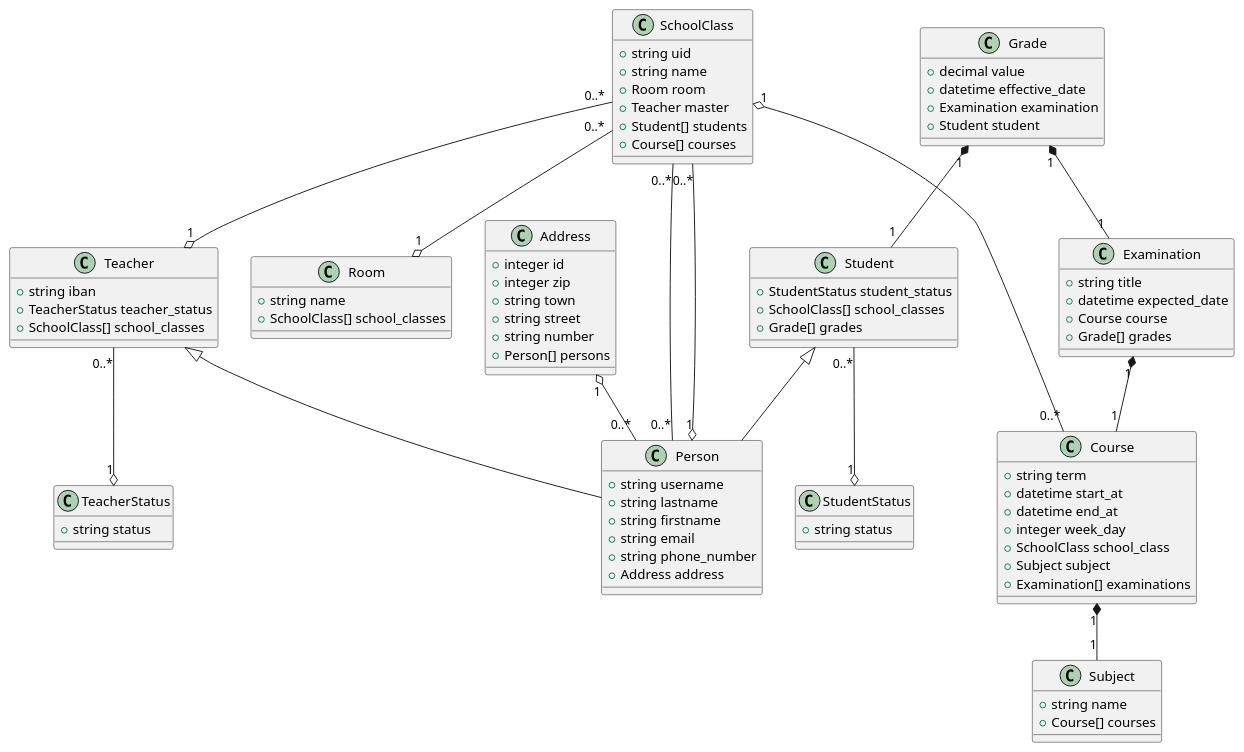
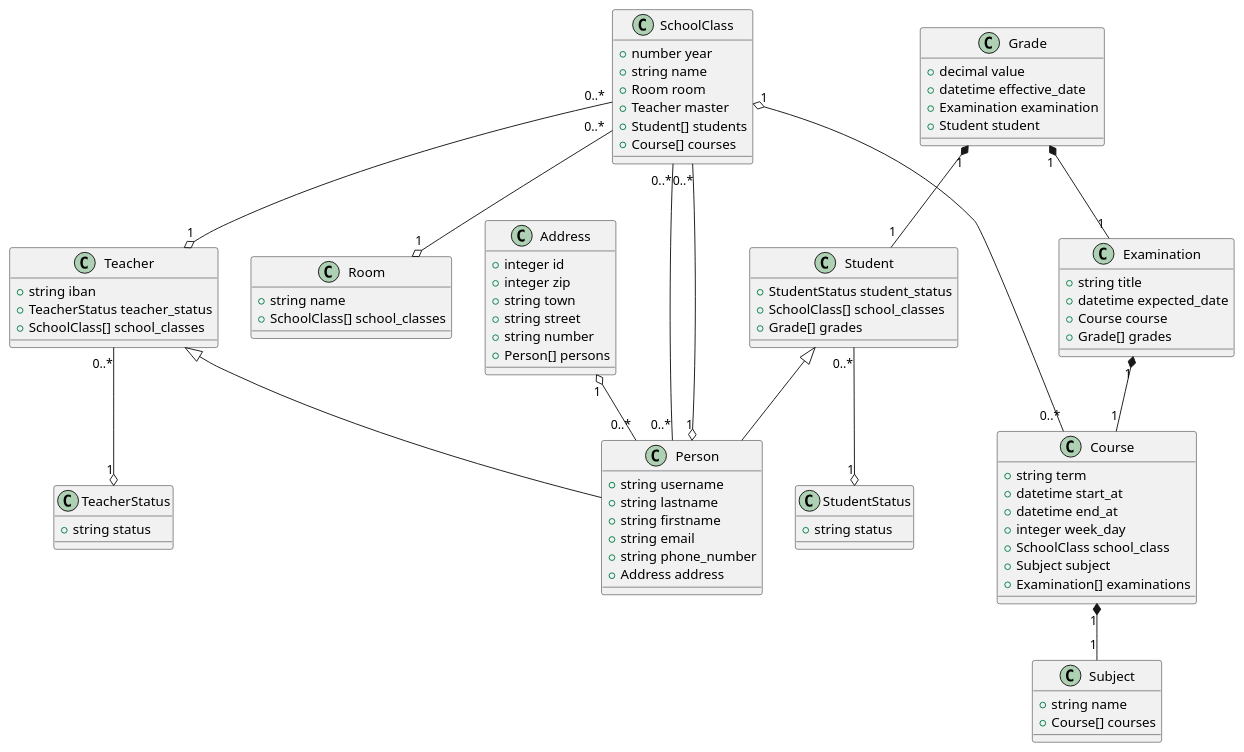
The diagram in doc/class-diagram.puml (EliottJaquierEdu/ROR), drawn with PlantUML before and after one commit.

Commit message:
Update class diagram to add year attribute to SchoolClass

```diff
--- a/doc/class-diagram.puml
+++ b/doc/class-diagram.puml
@@ -1,100 +1,100 @@
 @startuml
 
 class Address {
   +integer id
   +integer zip
   +string town
   +string street
   +string number
   +Person[] persons
 }
 
 class Person {
   +string username
   +string lastname
   +string firstname
   +string email
   +string phone_number
   +Address address
 }
 
 class Teacher {
   +string iban
   +TeacherStatus teacher_status
   +SchoolClass[] school_classes
 }
 
 class Student {
   +StudentStatus student_status
   +SchoolClass[] school_classes
   +Grade[] grades
 }
 
 class SchoolClass {
-  +string uid
+  +number year
   +string name
   +Room room
   +Teacher master
   +Student[] students
   +Course[] courses
 }
 
 class Course {
   +string term
   +datetime start_at
   +datetime end_at
   +integer week_day
   +SchoolClass school_class
   +Subject subject
   +Examination[] examinations
 }
 
 class Subject {
   +string name
   +Course[] courses
 }
 
 class Examination {
   +string title
   +datetime expected_date
   +Course course
   +Grade[] grades
 }
 
 class Grade {
   +decimal value
   +datetime effective_date
   +Examination examination
   +Student student
 }
 
 class Room {
   +string name
   +SchoolClass[] school_classes
 }
 
 class TeacherStatus {
   +string status
 }
 
 class StudentStatus {
   +string status
 }
 
 Address "1" o-- "0..*" Person
 Teacher "0..*" --o "1" TeacherStatus
 Student "0..*" --o "1" StudentStatus
 SchoolClass "0..*" -- "0..*" Person
 SchoolClass "0..*" --o "1" Room
 SchoolClass "0..*" --o "1" Person
 SchoolClass "1" o-- "0..*" Course
 SchoolClass "0..*" --o "1" Teacher
 Course "1" *-- "1" Subject
 Examination "1" *-- "1" Course
 Grade "1" *-- "1" Examination
 Grade "1" *-- "1" Student
 
 Teacher <|-- Person
 Student <|-- Person
 
 @enduml
```
